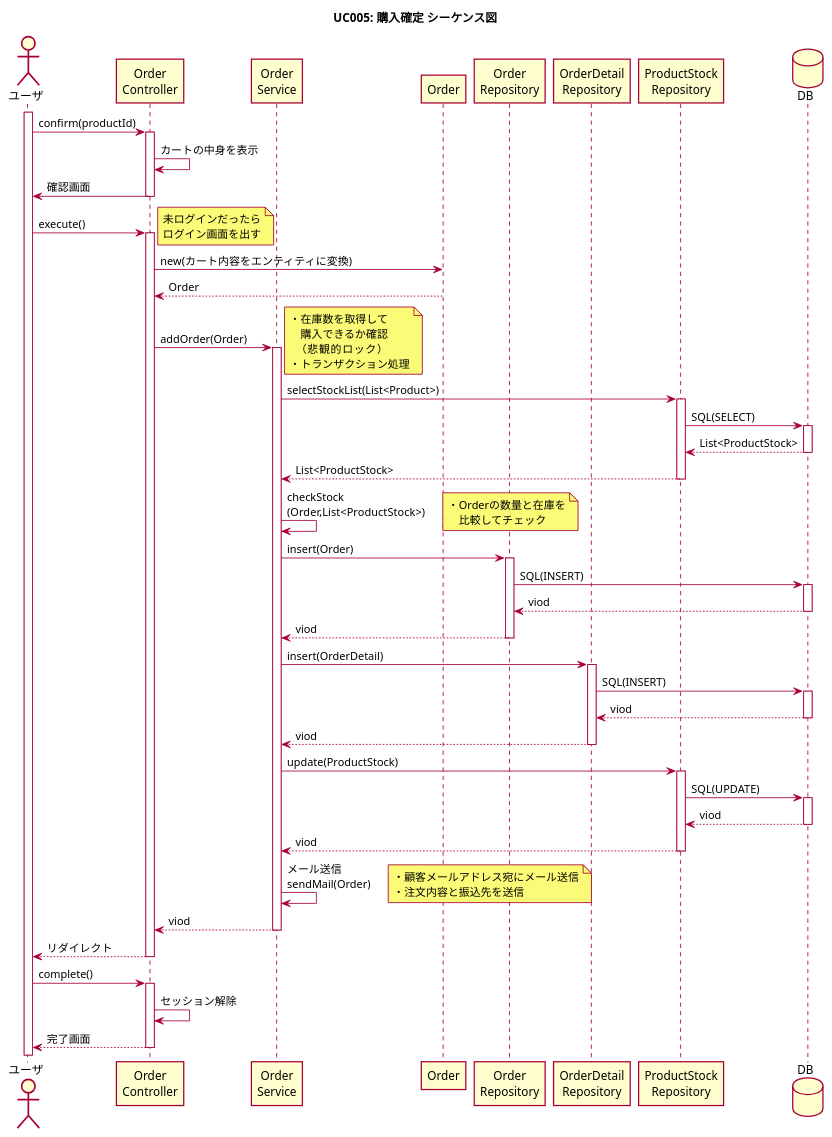
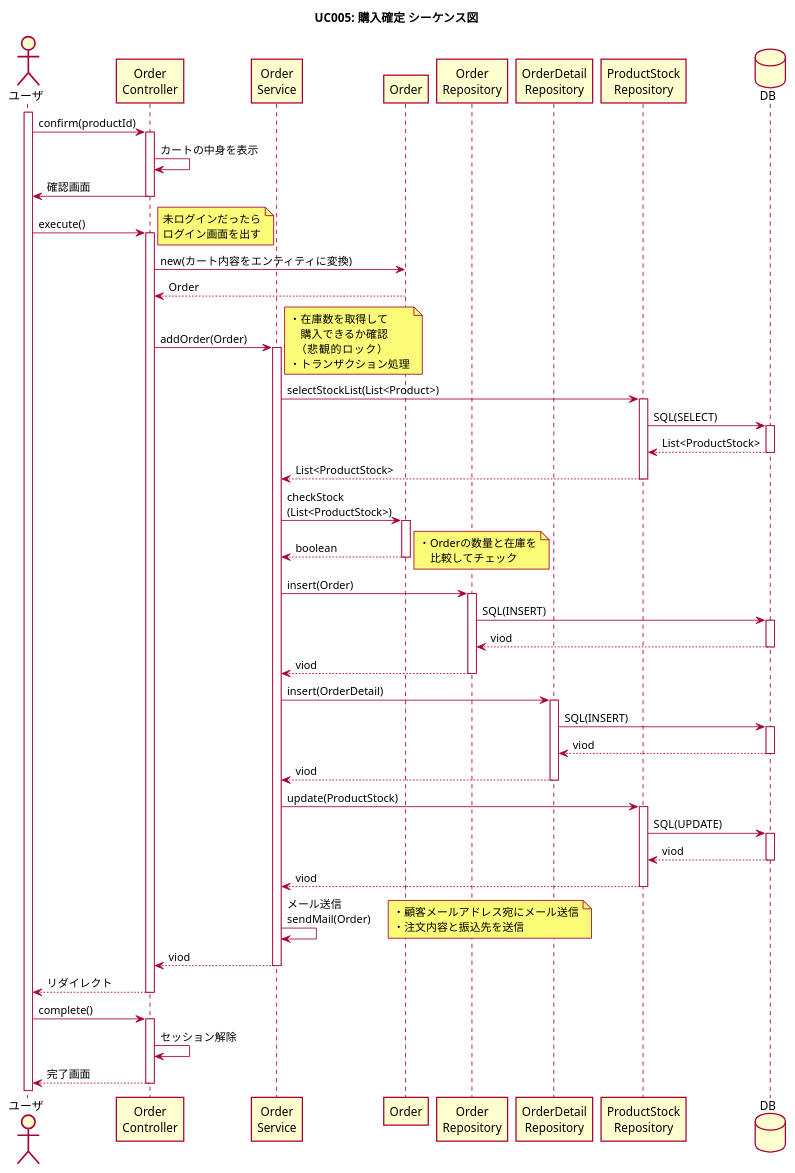
One commit to imagepit/fullness-ec changed the diagram in plan/diagram/sequence/uc005_order.puml. Above: the diagram before and after it, drawn with PlantUML. The commit also changed 5 other files, not shown here.

Commit message:
シーケンス図を修正

```diff
--- a/plan/diagram/sequence/uc005_order.puml
+++ b/plan/diagram/sequence/uc005_order.puml
@@ -1,68 +1,69 @@
 @startuml
 skin rose
 title UC005: 購入確定 シーケンス図
 skinparam shadowing false
 actor "ユーザ" as user
 activate user
 participant "Order\nController" as ctrl
 participant "Order\nService" as svc
 participant "Order" as od
 participant "Order\nRepository" as repo1
 participant "OrderDetail\nRepository" as repo2
 ' participant "OrderStatus\nRepository" as repo3
 participant "ProductStock\nRepository" as repo4
 database DB as db
 
 ' 確認画面
 user -> ctrl ++ : confirm(productId)
 ctrl -> ctrl : カートの中身を表示
 ctrl -> user -- : 確認画面
 
 ' 完了画面
 user -> ctrl ++ : execute()
 note right
     未ログインだったら
     ログイン画面を出す
 end note
 ctrl -> od : new(カート内容をエンティティに変換)
 ctrl <-- od : Order
 ctrl -> svc ++ : addOrder(Order)
 note right
     ・在庫数を取得して
     　購入できるか確認
     　（悲観的ロック）
     ・トランザクション処理
 end note
 svc -> repo4 ++ : selectStockList(List<Product>)
 repo4 -> db ++ : SQL(SELECT)
 repo4 <-- db -- : List<ProductStock>
 svc <-- repo4 -- : List<ProductStock>
-svc -> svc : checkStock\n(Order,List<ProductStock>)
+svc -> od ++ : checkStock\n(List<ProductStock>)
+svc <-- od -- : boolean
 note right
     ・Orderの数量と在庫を
     　比較してチェック
 end note
 svc -> repo1 ++ : insert(Order)
 repo1 -> db ++ : SQL(INSERT)
 repo1 <-- db -- : viod
 svc <-- repo1 -- : viod
 svc -> repo2 ++ : insert(OrderDetail)
 repo2 -> db ++ : SQL(INSERT)
 repo2 <-- db -- : viod
 svc <-- repo2 -- : viod
 svc -> repo4 ++ : update(ProductStock)
 repo4 -> db ++ : SQL(UPDATE)
 repo4 <-- db -- : viod
 svc <-- repo4 -- : viod 
 svc -> svc : メール送信\nsendMail(Order)
 note right
     ・顧客メールアドレス宛にメール送信
     ・注文内容と振込先を送信
 end note
 ctrl <-- svc -- : viod
 user <-- ctrl -- : リダイレクト
 user -> ctrl ++ : complete()
 ctrl -> ctrl : セッション解除
 ctrl --> user -- : 完了画面
 
 @enduml
```
